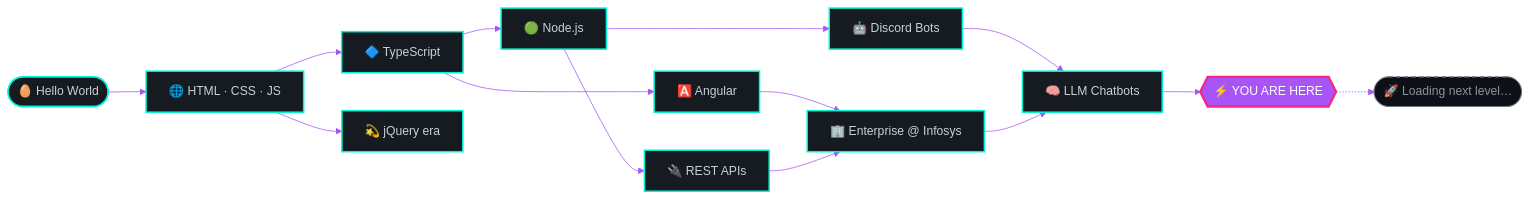
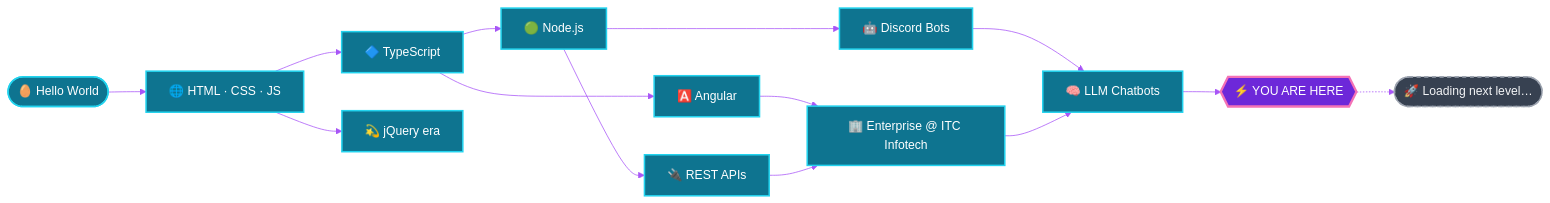
One commit to Xender007/Xender007 changed the diagram in README.md. Above: the diagram before and after it, drawn with Mermaid. The commit also changed other lines of this file and 2 other files, not shown here.

First line of the commit message:
fix: readable colours in both themes, crop snake to grid, ITC Infotech

````diff
--- a/README.md
+++ b/README.md
@@ -344,29 +364,29 @@
 ```mermaid
-%%{init: {'theme':'base','themeVariables':{'primaryColor':'#161B22','primaryTextColor':'#C9D1D9','primaryBorderColor':'#00F5D4','lineColor':'#A855F7','fontFamily':'JetBrains Mono, monospace'}}}%%
+%%{init: {'theme':'base','themeVariables':{'primaryColor':'#0E7490','primaryTextColor':'#FFFFFF','primaryBorderColor':'#22D3EE','lineColor':'#A855F7','secondaryColor':'#6D28D9','tertiaryColor':'#374151','fontFamily':'JetBrains Mono, monospace'}}}%%
 flowchart LR
     START(["🥚 Hello World"]) --> WEB["🌐 HTML · CSS · JS"]
     WEB --> TS["🔷 TypeScript"]
     WEB --> JQ["💫 jQuery era"]
 
     TS --> NG["🅰️ Angular"]
     TS --> NODE["🟢 Node.js"]
 
     NODE --> BOT["🤖 Discord Bots"]
     NODE --> API["🔌 REST APIs"]
 
-    NG --> ENT["🏢 Enterprise @ Infosys"]
+    NG --> ENT["🏢 Enterprise @ ITC Infotech"]
     API --> ENT
 
     BOT --> AI["🧠 LLM Chatbots"]
     ENT --> AI
 
     AI --> NOW{{"⚡ YOU ARE HERE"}}
     NOW -.-> NEXT(["🚀 Loading next level…"])
 
-    classDef done fill:#161B22,stroke:#00F5D4,stroke-width:2px,color:#C9D1D9
-    classDef here fill:#A855F7,stroke:#F72585,stroke-width:3px,color:#FFFFFF
-    classDef future fill:#0D1117,stroke:#6E7681,stroke-dasharray:5 5,color:#8B949E
+    classDef done fill:#0E7490,stroke:#22D3EE,stroke-width:2px,color:#FFFFFF
+    classDef here fill:#6D28D9,stroke:#F472B6,stroke-width:3px,color:#FFFFFF
+    classDef future fill:#374151,stroke:#9CA3AF,stroke-width:2px,stroke-dasharray:5 5,color:#F3F4F6
     class START,WEB,TS,JQ,NG,NODE,BOT,API,ENT,AI done
     class NOW here
     class NEXT future
 ```
````
